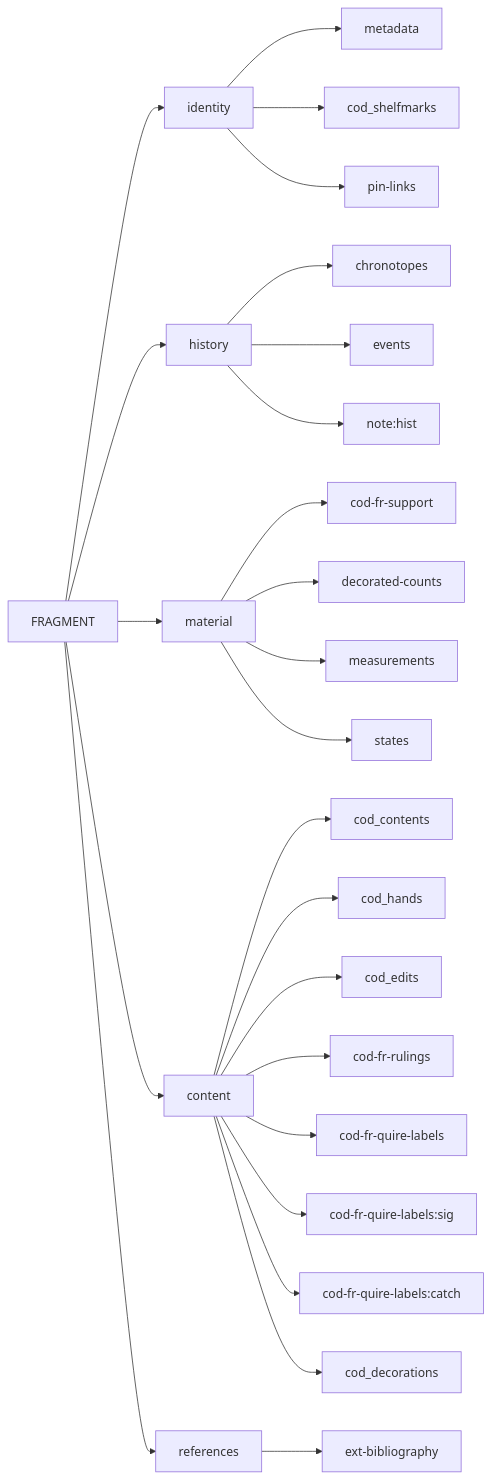
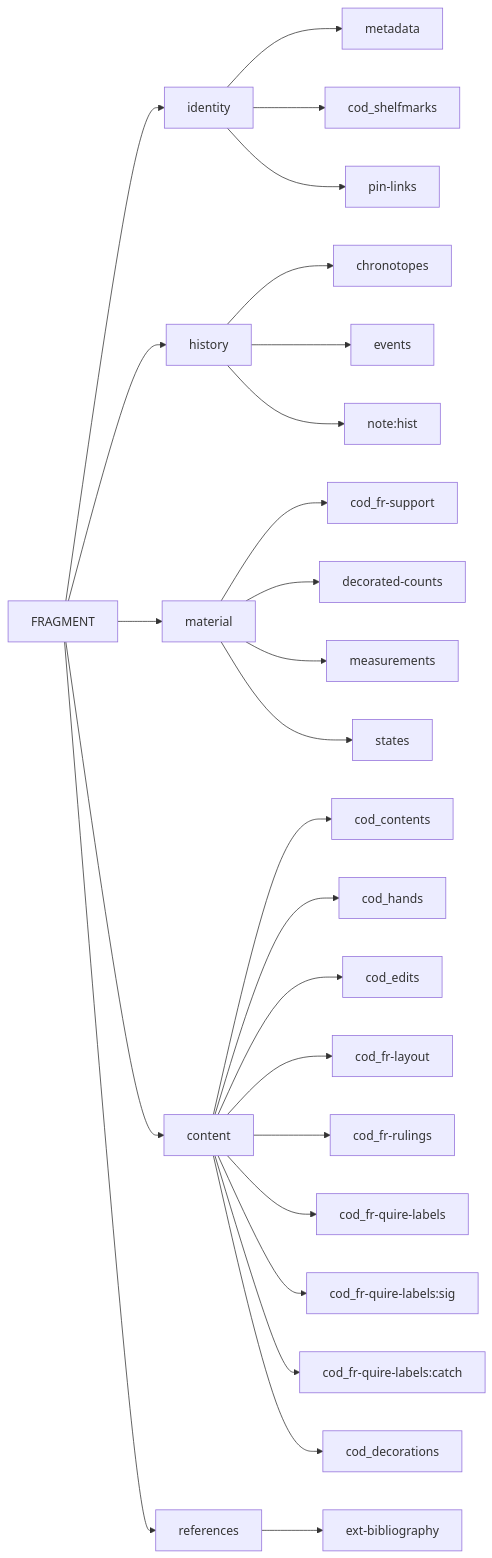
Before and after one commit to vedph/cadmus-ndp-frac: the diagram in README.md, drawn with Mermaid. The commit also changed other lines of this file and 12 other files, not shown here.

Commit message:
Added CodFrLayoutPart

````diff
--- a/README.md
+++ b/README.md
@@ -23,27 +26,28 @@
 ```mermaid
 graph LR;
 FRAGMENT --> identity
 identity --> metadata
 identity --> cod_shelfmarks
 identity --> pin-links
 FRAGMENT --> history
 history --> chronotopes
 history --> events
 history --> note:hist
 FRAGMENT --> material
-material --> cod-fr-support
+material --> cod_fr-support
 material --> decorated-counts
 material --> measurements
 material --> states
 FRAGMENT --> content
 content --> cod_contents
 content --> cod_hands
 content --> cod_edits
-content --> cod-fr-rulings
-content --> cod-fr-quire-labels
-content --> cod-fr-quire-labels:sig
-content --> cod-fr-quire-labels:catch
+content --> cod_fr-layout
+content --> cod_fr-rulings
+content --> cod_fr-quire-labels
+content --> cod_fr-quire-labels:sig
+content --> cod_fr-quire-labels:catch
 content --> cod_decorations
 FRAGMENT --> references
 references --> ext-bibliography
 ```
````
